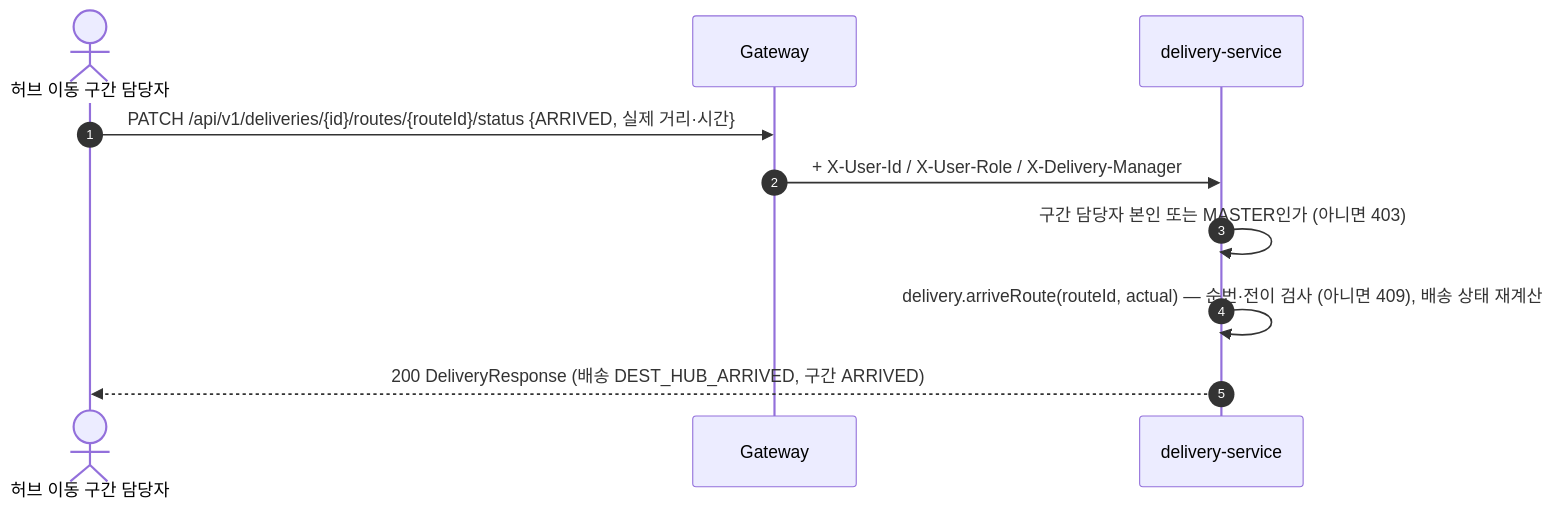
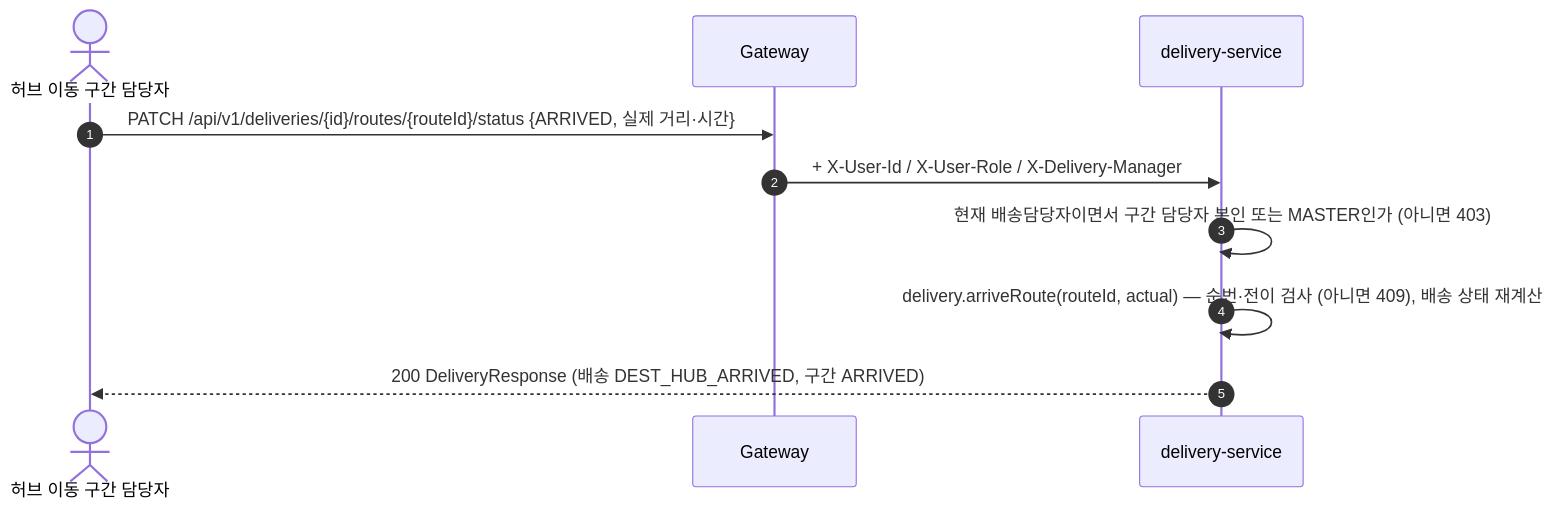
One commit to logistics-group3/logistics-management changed the fourth of 6 diagrams in delivery-service/docs/domain/delivery.md. Above: the diagram before and after it, drawn with Mermaid. The commit also changed other lines of this file and 23 other files, not shown here.

````diff
--- a/delivery-service/docs/domain/delivery.md
+++ b/delivery-service/docs/domain/delivery.md
@@ -281,13 +281,13 @@
 ```mermaid
 sequenceDiagram
     autonumber
     actor M as 허브 이동 구간 담당자
     participant G as Gateway
     participant D as delivery-service
 
     M->>G: PATCH /api/v1/deliveries/{id}/routes/{routeId}/status {ARRIVED, 실제 거리·시간}
     G->>D: + X-User-Id / X-User-Role / X-Delivery-Manager
-    D->>D: 구간 담당자 본인 또는 MASTER인가 (아니면 403)
+    D->>D: 현재 배송담당자이면서 구간 담당자 본인 또는 MASTER인가 (아니면 403)
     D->>D: delivery.arriveRoute(routeId, actual) — 순번·전이 검사 (아니면 409), 배송 상태 재계산
     D-->>M: 200 DeliveryResponse (배송 DEST_HUB_ARRIVED, 구간 ARRIVED)
 ```
````
